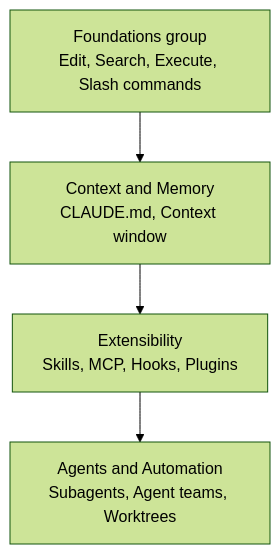
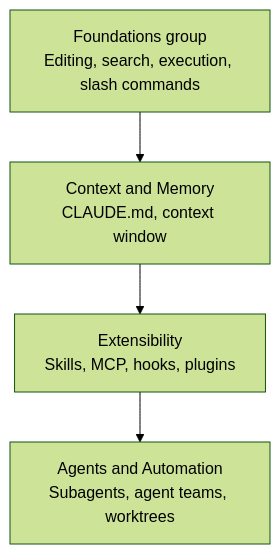
One commit to modu-ai/moai-adk changed the diagram in docs-site/content/en/claude-code/foundations/features-overview.md. Above: the diagram before and after it, drawn with Mermaid (forest theme). The commit also changed other lines of this file and 395 other files, not shown here.

````diff
--- a/docs-site/content/en/claude-code/foundations/features-overview.md
+++ b/docs-site/content/en/claude-code/foundations/features-overview.md
@@ -94,6 +93,6 @@
 ```mermaid
 flowchart TD
-    A[Foundations group<br>Edit, Search, Execute, Slash commands] --> B[Context and Memory<br>CLAUDE.md, Context window]
-    B --> C[Extensibility<br>Skills, MCP, Hooks, Plugins]
-    C --> D[Agents and Automation<br>Subagents, Agent teams, Worktrees]
+    A[Foundations group<br>Editing, search, execution, slash commands] --> B[Context and Memory<br>CLAUDE.md, context window]
+    B --> C[Extensibility<br>Skills, MCP, hooks, plugins]
+    C --> D[Agents and Automation<br>Subagents, agent teams, worktrees]
 ```
````
